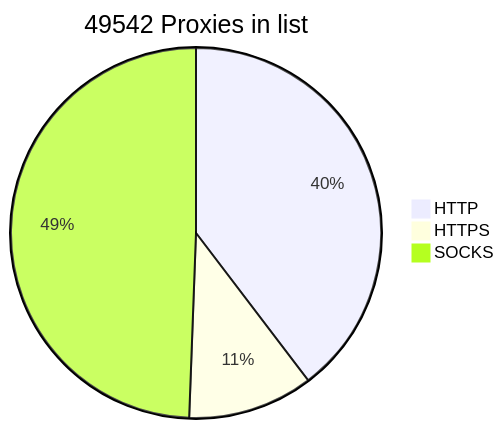
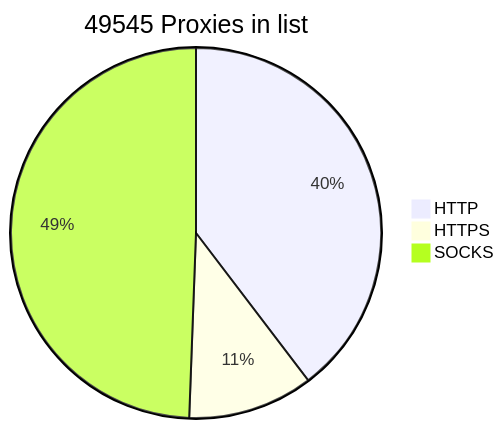
One commit to BlackSnowDot/proxylist-update-every-minute changed the diagram in README.md. Above: the diagram before and after it, drawn with Mermaid.

````diff
--- a/README.md
+++ b/README.md
@@ -2,6 +2,6 @@
 ```mermaid
-pie title 49542 Proxies in list
+pie title 49545 Proxies in list
     "HTTP" : 21740
     "HTTPS": 6000
-    "SOCKS" : 27095
+    "SOCKS" : 27098
 ```
````
